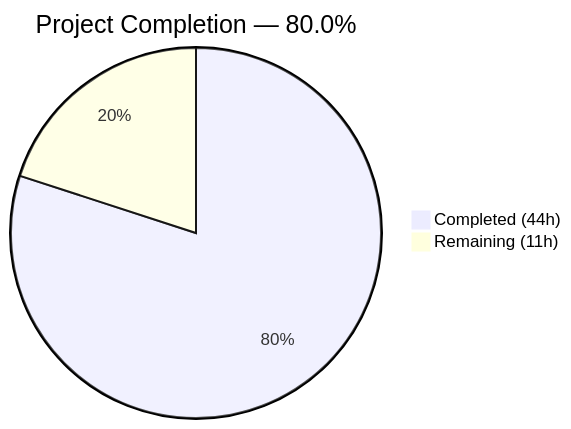
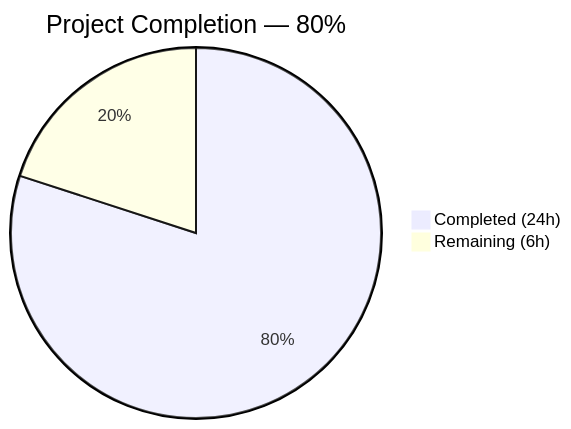
The first of 2 diagrams in blitzy/documentation/Project Guide.md (Sandeep01Kumar/29-dec-existing-projects-qa-test-1), drawn with Mermaid before and after one commit. The commit also changed other lines of this file, not shown here.

Commit message:
Adding Blitzy Project Guide: Project Status and Human Tasks Remaining

````diff
--- a/blitzy/documentation/Project Guide.md
+++ b/blitzy/documentation/Project Guide.md
@@ -13,5 +13,5 @@
 ```mermaid
-pie title Project Completion — 80.0%
-    "Completed (44h)" : 44
-    "Remaining (11h)" : 11
+pie title Project Completion — 80%
+    "Completed (24h)" : 24
+    "Remaining (6h)" : 6
 ```
````
